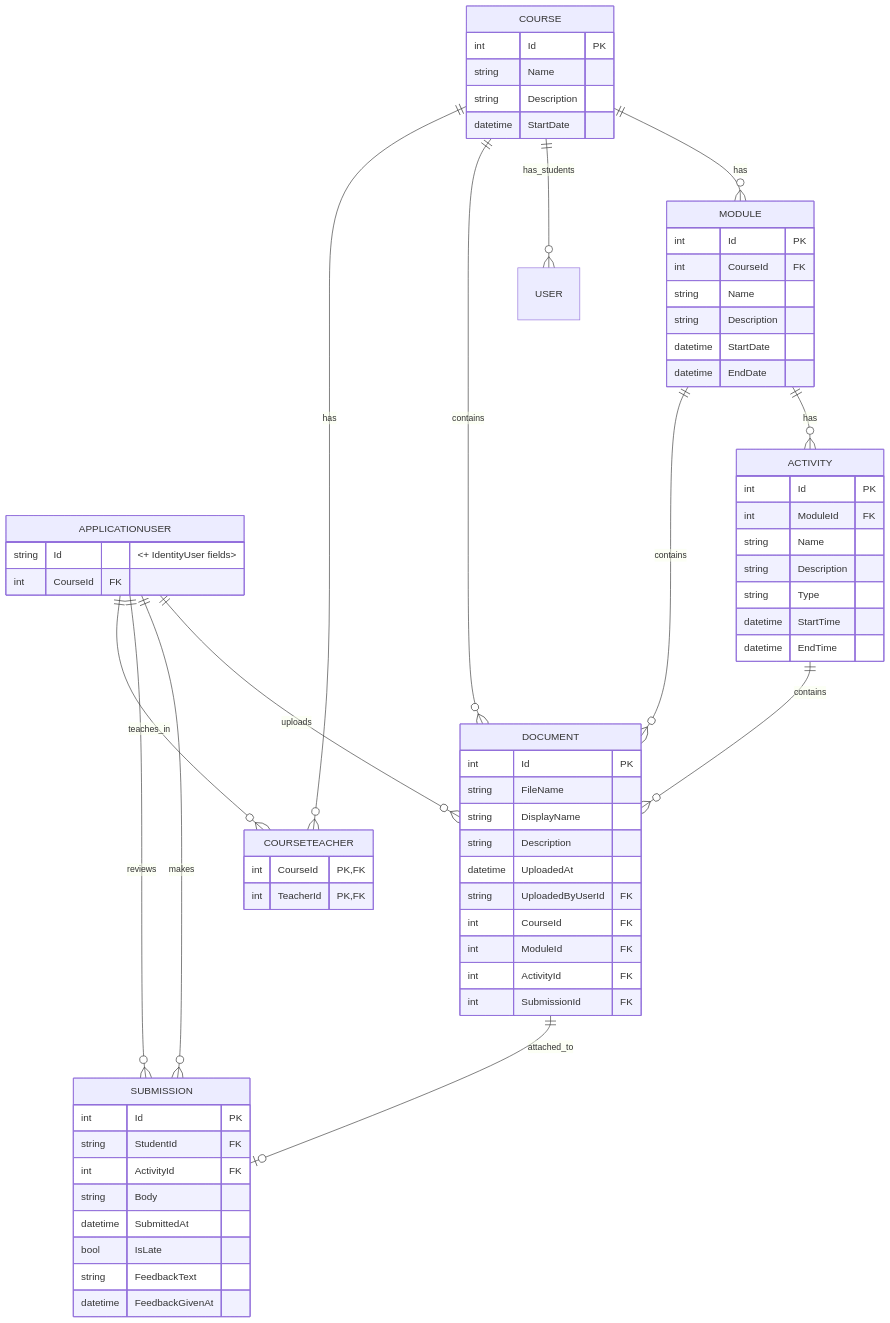
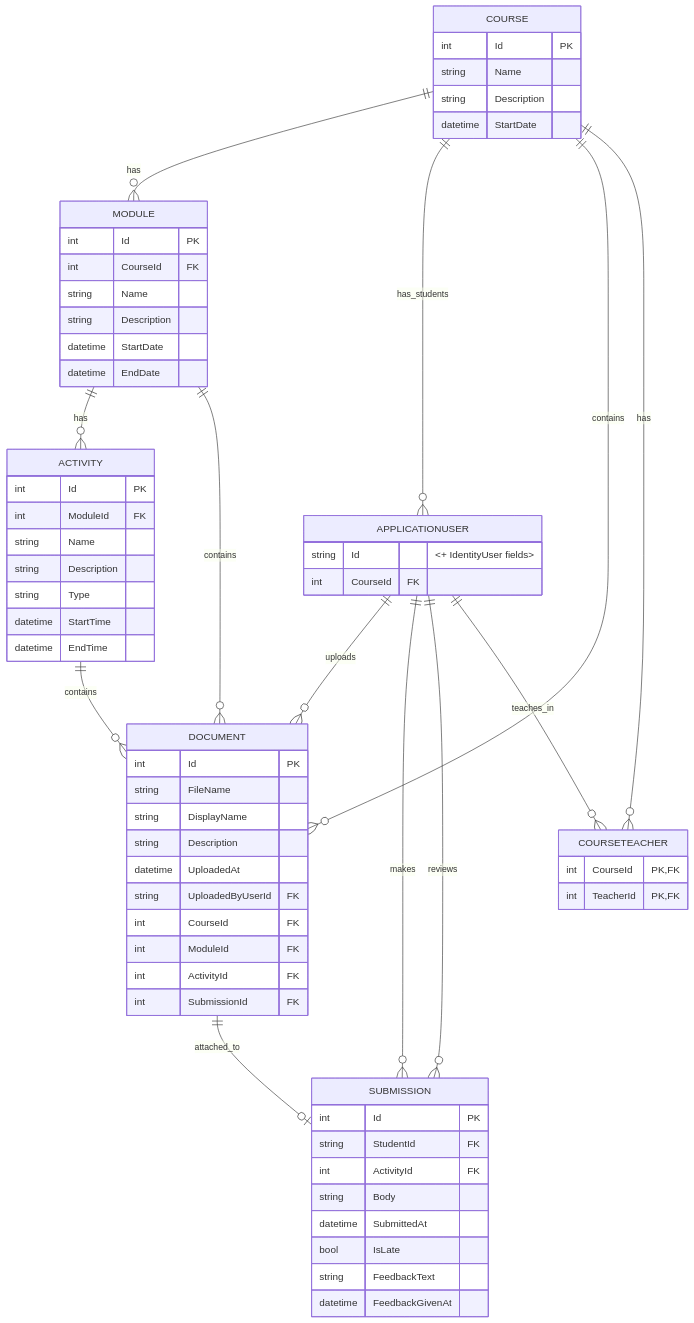
One commit to Lexicon-NET-2025-HT/LMS changed the diagram in README.md. Above: the diagram before and after it, drawn with Mermaid. The commit also changed other lines of this file, not shown here.

````diff
--- a/README.md
+++ b/README.md
@@ -4,75 +14,75 @@
 ```mermaid
 erDiagram
     APPLICATIONUSER {
         string Id "<+ IdentityUser fields>"
         int CourseId FK
     }
 
     COURSE {
         int Id PK
         string Name
         string Description
         datetime StartDate
     }
 
     MODULE {
         int Id PK
         int CourseId FK
         string Name
         string Description
         datetime StartDate
         datetime EndDate
     }
 
     ACTIVITY {
         int Id PK
         int ModuleId FK
         string Name
         string Description
         string Type
         datetime StartTime
         datetime EndTime
     }
 
     DOCUMENT {
         int Id PK
         string FileName
         string DisplayName
         string Description
         datetime UploadedAt
         string UploadedByUserId FK
         int CourseId FK
         int ModuleId FK
         int ActivityId FK
         int SubmissionId FK
     }
 
     SUBMISSION {
         int Id PK
         string StudentId FK
         int ActivityId FK
         string Body
         datetime SubmittedAt
         bool IsLate
         string FeedbackText
         datetime FeedbackGivenAt
     }
 
     COURSETEACHER {
         int CourseId PK, FK
         int TeacherId PK, FK
     }
 
     COURSE ||--o{ MODULE : has
     MODULE ||--o{ ACTIVITY : has
-    COURSE ||--o{ USER : has_students
+    COURSE ||--o{ APPLICATIONUSER : has_students
     APPLICATIONUSER ||--o{ DOCUMENT : uploads
     COURSE ||--o{ DOCUMENT : contains
     MODULE ||--o{ DOCUMENT : contains
     ACTIVITY ||--o{ DOCUMENT : contains
     APPLICATIONUSER ||--o{ SUBMISSION : makes
     DOCUMENT ||--o| SUBMISSION : attached_to
     APPLICATIONUSER ||--o{ SUBMISSION : reviews
     COURSE ||--o{ COURSETEACHER : has
     APPLICATIONUSER ||--o{ COURSETEACHER : teaches_in
 ```
````
